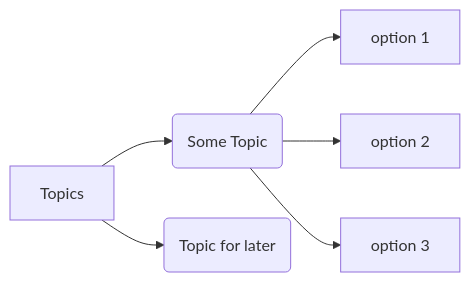
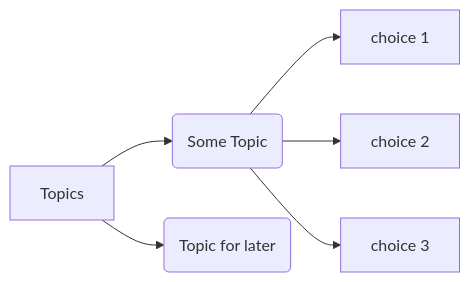
Before and after one commit to John-Dig/WizeVote: the diagram in README.md, drawn with Mermaid. The commit also changed 17 other files, not shown here.

````diff
--- a/README.md
+++ b/README.md
@@ -12,9 +12,9 @@
 ```mermaid
 flowchart LR
 Topics-->topic1(Some Topic)
 Topics-->topic2(Topic for later)
-topic1--> a[option 1]
-topic1--> b[option 2]
-topic1--> c[option 3]
+topic1--> a[choice 1]
+topic1--> b[choice 2]
+topic1--> c[choice 3]
 
 ```
````
